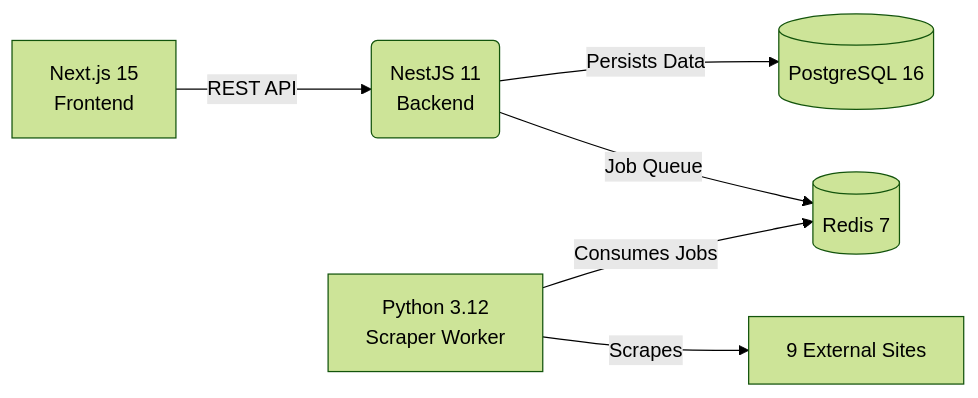
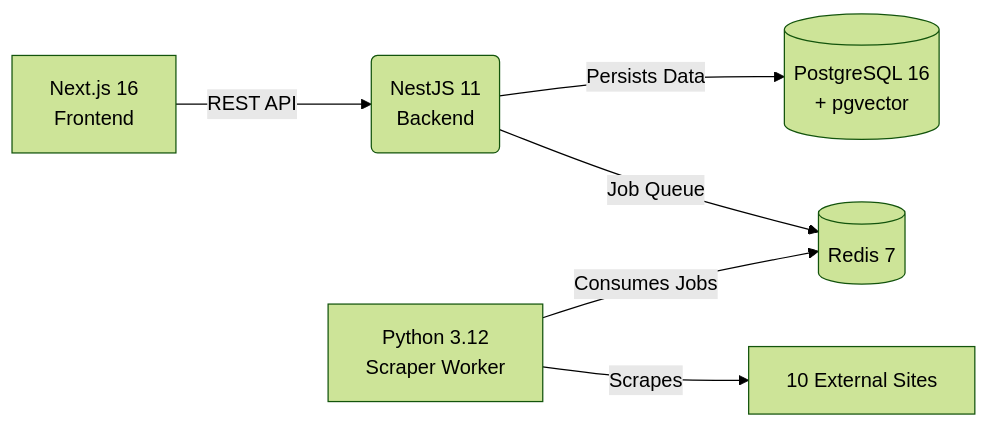
Before and after one commit to Akai-Abd/udemy-course-finder: the diagram in README.md, drawn with Mermaid (forest theme). The commit also changed other lines of this file and 5 other files, not shown here.

Commit message:
feat: add MIT license, upgrade to Next.js 16, and document project architecture and features

````diff
--- a/README.md
+++ b/README.md
@@ -30,8 +30,8 @@
 ```mermaid
 graph LR
-    A[Next.js 15<br>Frontend] -->|REST API| B(NestJS 11<br>Backend)
-    B -->|Persists Data| C[(PostgreSQL 16)]
+    A[Next.js 16<br>Frontend] -->|REST API| B(NestJS 11<br>Backend)
+    B -->|Persists Data| C[(PostgreSQL 16<br>+ pgvector)]
     B -->|Job Queue| D[(Redis 7)]
     E[Python 3.12<br>Scraper Worker] -->|Consumes Jobs| D
-    E -->|Scrapes| F[9 External Sites]
+    E -->|Scrapes| F[10 External Sites]
 ```
````
